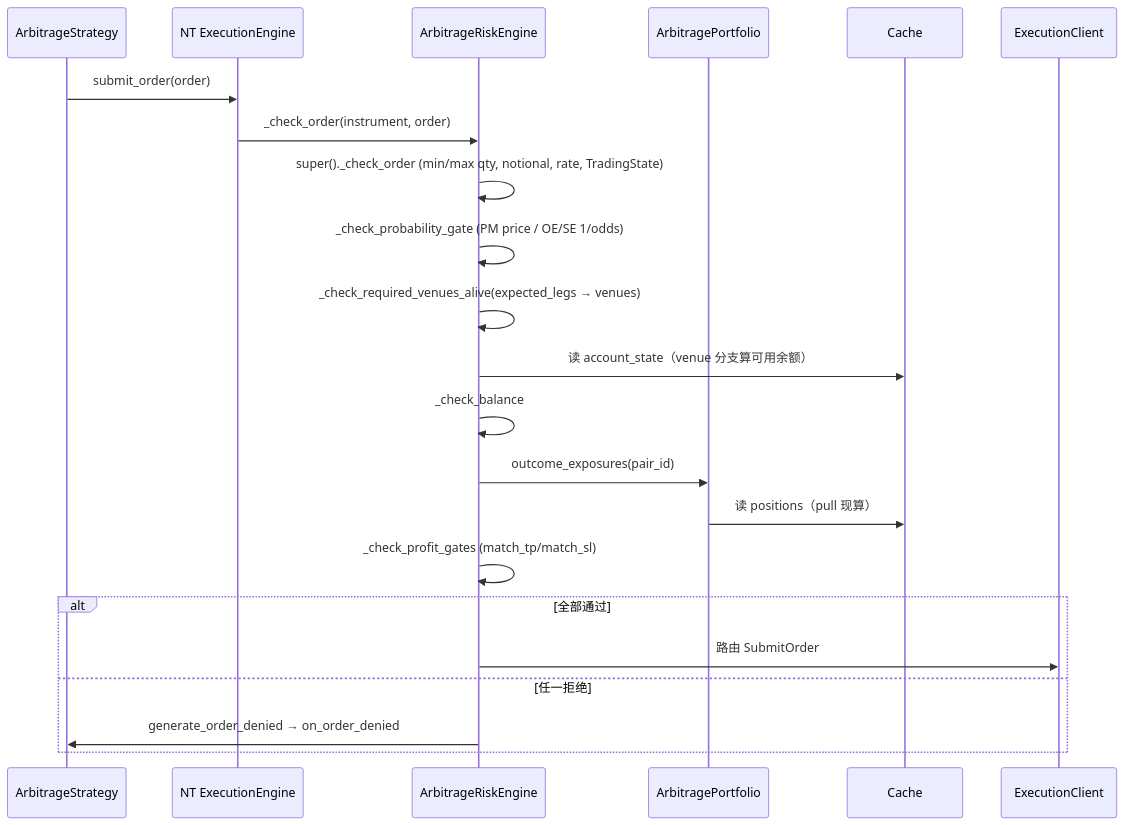
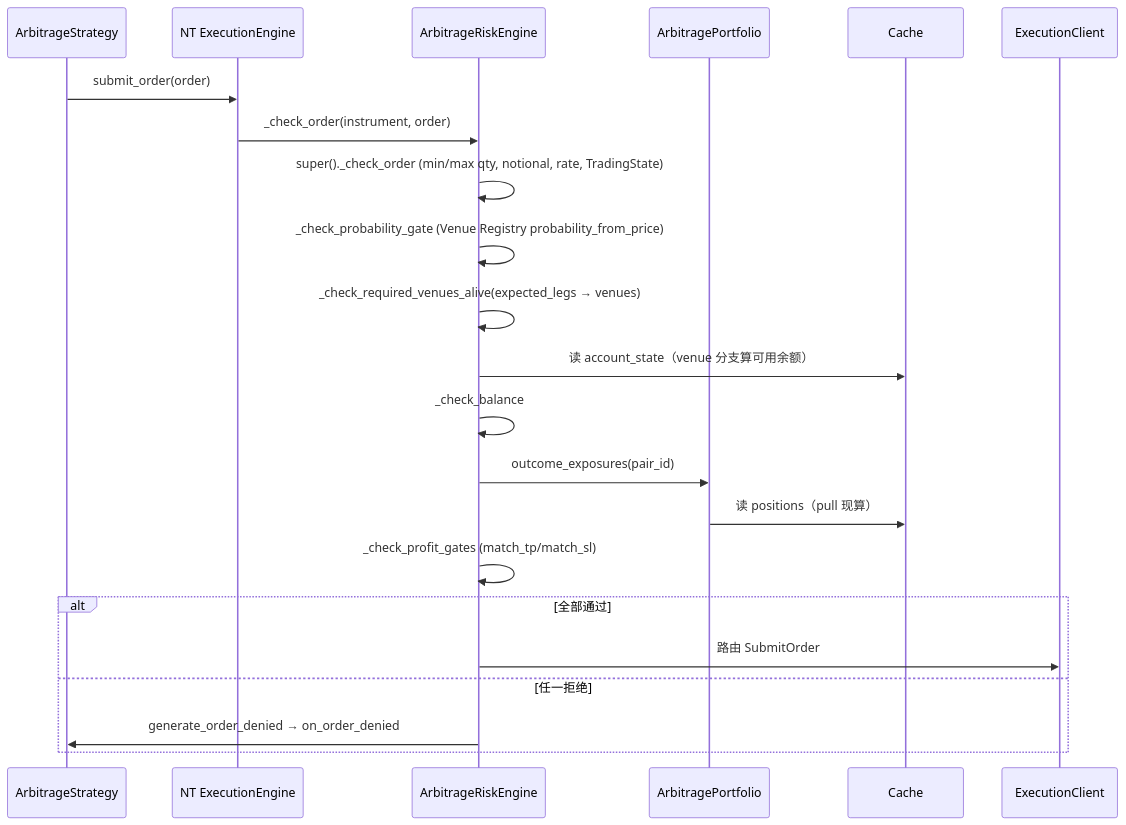
One commit to psnewer/nautilus_trader changed the third of 3 diagrams in docs/arbitrage/architectures/risk/architecture.md. Above: the diagram before and after it, drawn with Mermaid. The commit also changed other lines of this file and 105 other files, not shown here.

````diff
--- a/docs/arbitrage/architectures/risk/architecture.md
+++ b/docs/arbitrage/architectures/risk/architecture.md
@@ -307,25 +309,25 @@
 ```mermaid
 sequenceDiagram
   participant ST as ArbitrageStrategy
   participant EE as NT ExecutionEngine
   participant RE as ArbitrageRiskEngine
   participant AP as ArbitragePortfolio
   participant C as Cache
   participant EC as ExecutionClient
 
   ST->>EE: submit_order(order)
   EE->>RE: _check_order(instrument, order)
   RE->>RE: super()._check_order  (min/max qty, notional, rate, TradingState)
-  RE->>RE: _check_probability_gate (PM price / OE/SE 1/odds)
+  RE->>RE: _check_probability_gate (Venue Registry probability_from_price)
   RE->>RE: _check_required_venues_alive(expected_legs → venues)
   RE->>C: 读 account_state（venue 分支算可用余额）
   RE->>RE: _check_balance
   RE->>AP: outcome_exposures(pair_id)
   AP->>C: 读 positions（pull 现算）
   RE->>RE: _check_profit_gates (match_tp/match_sl)
   alt 全部通过
     RE->>EC: 路由 SubmitOrder
   else 任一拒绝
     RE->>ST: generate_order_denied → on_order_denied
   end
 ```
````
